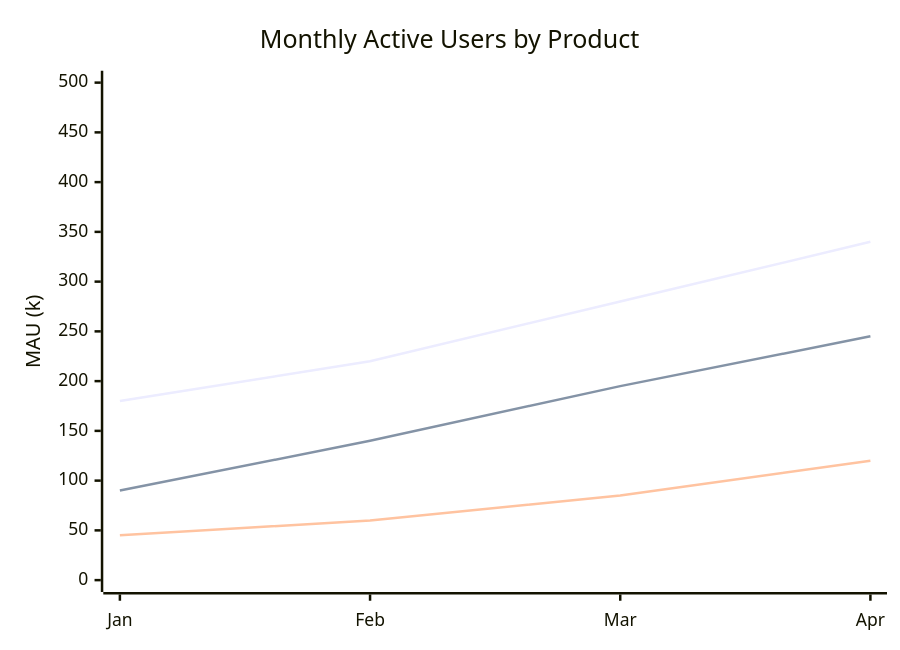
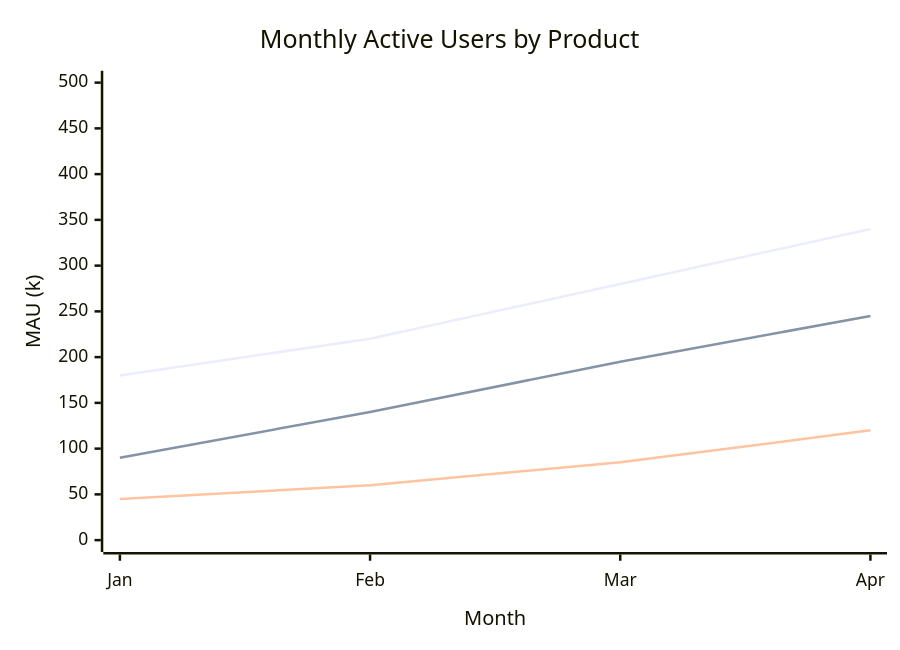
Before and after one commit to kouko/monkey-skills: the fifth of 13 diagrams in obsidian/skills/obsidian-mermaid-visualizer/data-viz/xychart.md, drawn with Mermaid. The commit also changed other lines of this file and 3 other files, not shown here.

````diff
--- a/obsidian/skills/obsidian-mermaid-visualizer/data-viz/xychart.md
+++ b/obsidian/skills/obsidian-mermaid-visualizer/data-viz/xychart.md
@@ -112,9 +133,9 @@
 ```mermaid
 xychart-beta
     title "Monthly Active Users by Product"
-    x-axis ["Jan", "Feb", "Mar", "Apr"]
+    x-axis "Month" ["Jan", "Feb", "Mar", "Apr"]
     y-axis "MAU (k)" 0 --> 500
     line "Product A" [180, 220, 280, 340]
     line "Product B" [90, 140, 195, 245]
     line "Product C" [45, 60, 85, 120]
 ```
````
